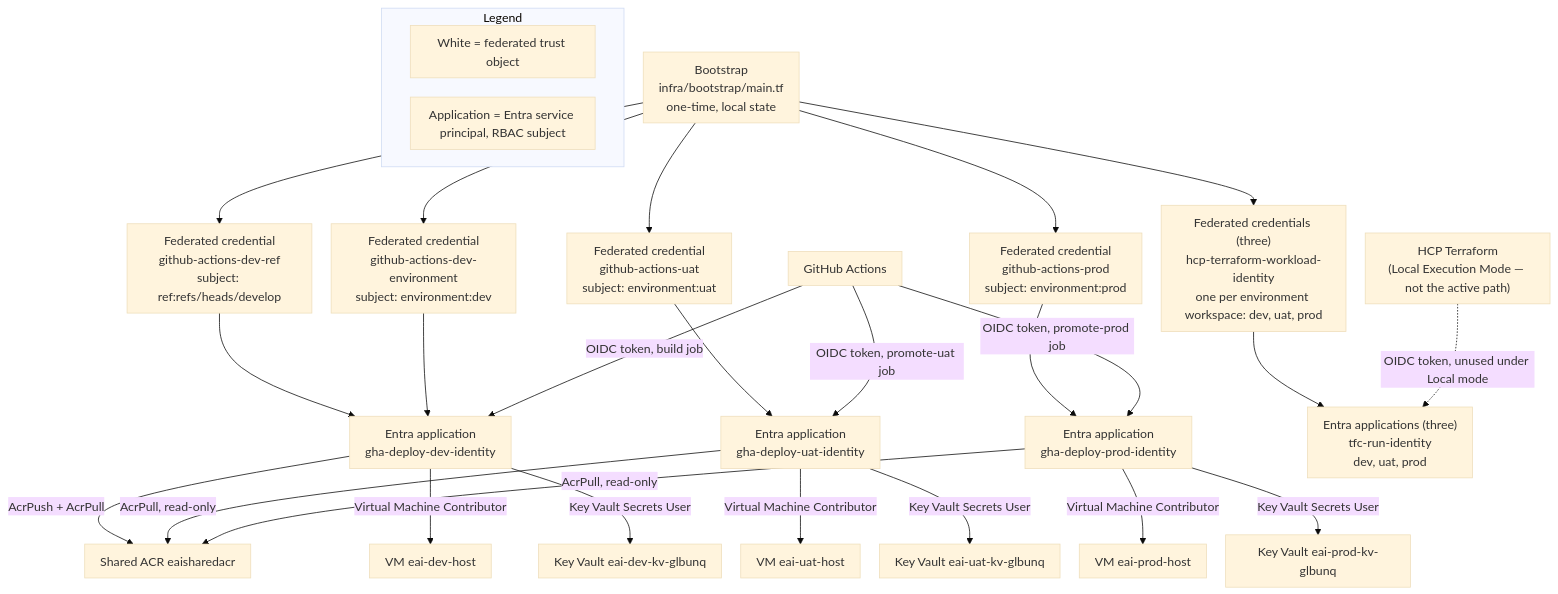
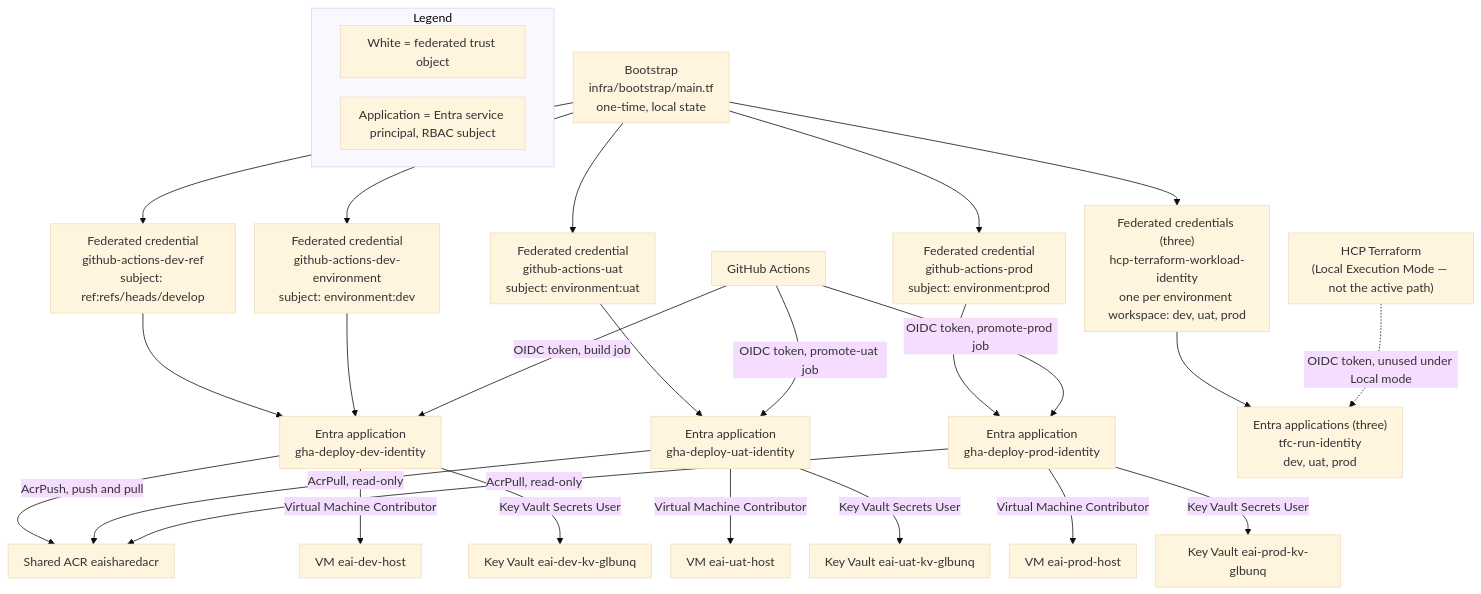
Before and after one commit to nikmar0808/enterprise-integration-azure: the third of 4 diagrams in docs/INFRA_VIEW_AZURE.md, drawn with Mermaid. The commit also changed other lines of this file and 10 other files, not shown here.

````diff
--- a/docs/INFRA_VIEW_AZURE.md
+++ b/docs/INFRA_VIEW_AZURE.md
@@ -133,63 +133,63 @@
 ```mermaid
 %%{init: {"theme":"base","themeVariables":{"fontFamily":"Arial","fontSize":"16px"},"flowchart":{"nodeSpacing":25,"rankSpacing":50,"padding":10}}}%%
 flowchart TB
     BOOT["Bootstrap\ninfra/bootstrap/main.tf\none-time, local state"]
 
     GHFEDref["Federated credential\ngithub-actions-dev-ref\nsubject: ref:refs/heads/develop"]
     GHFEDenv["Federated credential\ngithub-actions-dev-environment\nsubject: environment:dev"]
     GHAdev["Entra application\ngha-deploy-dev-identity"]
 
     GHFEDuat["Federated credential\ngithub-actions-uat\nsubject: environment:uat"]
     GHAuat["Entra application\ngha-deploy-uat-identity"]
 
     GHFEDprod["Federated credential\ngithub-actions-prod\nsubject: environment:prod"]
     GHAprod["Entra application\ngha-deploy-prod-identity"]
 
     TFCFED["Federated credentials (three)\nhcp-terraform-workload-identity\none per environment workspace: dev, uat, prod"]
     TFCID["Entra applications (three)\ntfc-run-identity\ndev, uat, prod"]
 
     GHA["GitHub Actions"]
     TFC["HCP Terraform\n(Local Execution Mode — not the active path)"]
 
     ACR["Shared ACR eaisharedacr"]
     VMd["VM eai-dev-host"]
     VMu["VM eai-uat-host"]
     VMp["VM eai-prod-host"]
     KVd["Key Vault eai-dev-kv-glbunq"]
     KVu["Key Vault eai-uat-kv-glbunq"]
     KVp["Key Vault eai-prod-kv-glbunq"]
 
     BOOT --> GHFEDref
     BOOT --> GHFEDenv
     BOOT --> GHFEDuat
     BOOT --> GHFEDprod
     BOOT --> TFCFED
 
     GHFEDref --> GHAdev
     GHFEDenv --> GHAdev
     GHFEDuat --> GHAuat
     GHFEDprod --> GHAprod
     TFCFED --> TFCID
 
     GHA -->|OIDC token, build job| GHAdev
     GHA -->|OIDC token, promote-uat job| GHAuat
     GHA -->|OIDC token, promote-prod job| GHAprod
     TFC -.OIDC token, unused under Local mode.-> TFCID
 
-    GHAdev -->|AcrPush + AcrPull| ACR
+    GHAdev -->|AcrPush, push and pull| ACR
     GHAdev -->|Virtual Machine Contributor| VMd
     GHAdev -->|Key Vault Secrets User| KVd
 
     GHAuat -->|AcrPull, read-only| ACR
     GHAuat -->|Virtual Machine Contributor| VMu
     GHAuat -->|Key Vault Secrets User| KVu
 
     GHAprod -->|AcrPull, read-only| ACR
     GHAprod -->|Virtual Machine Contributor| VMp
     GHAprod -->|Key Vault Secrets User| KVp
 
     subgraph LEGEND[Legend]
         L1["White = federated trust object"]
         L2["Application = Entra service principal, RBAC subject"]
     end
 ```
````
